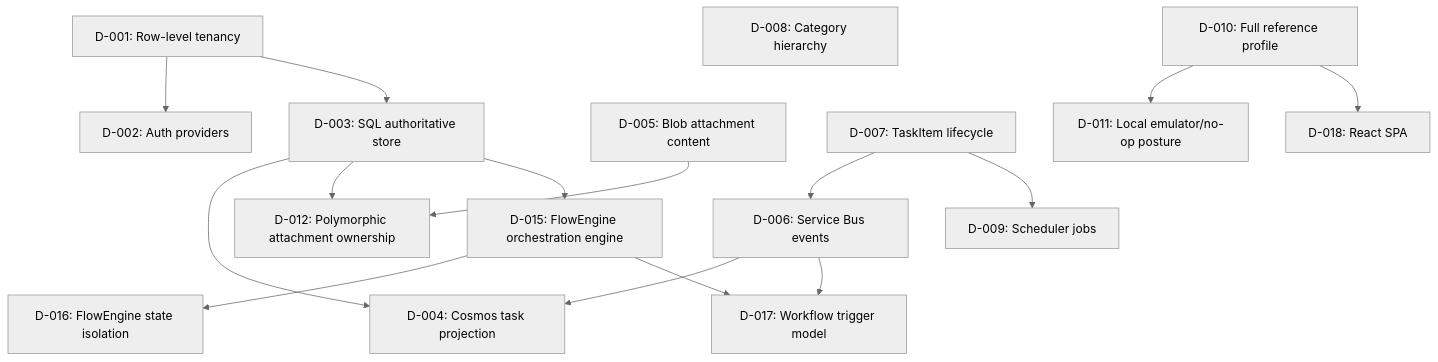
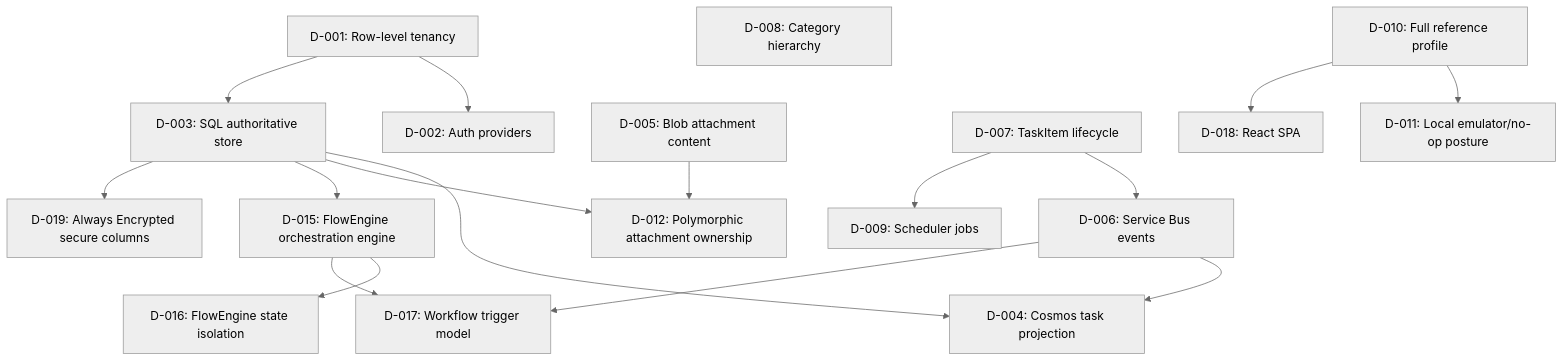
One commit to efreeman518/AI-Instructions-ReferenceApp changed the diagram in .scaffold/DESIGN-DECISIONS.md. Above: the diagram before and after it, drawn with Mermaid (neutral theme). The commit also changed other lines of this file and 19 other files, not shown here.

````diff
--- a/.scaffold/DESIGN-DECISIONS.md
+++ b/.scaffold/DESIGN-DECISIONS.md
@@ -7,34 +7,36 @@
 ```mermaid
 flowchart TD
     D001["D-001: Row-level tenancy"]
     D002["D-002: Auth providers"]
     D003["D-003: SQL authoritative store"]
     D004["D-004: Cosmos task projection"]
     D005["D-005: Blob attachment content"]
     D006["D-006: Service Bus events"]
     D007["D-007: TaskItem lifecycle"]
     D008["D-008: Category hierarchy"]
     D009["D-009: Scheduler jobs"]
     D010["D-010: Full reference profile"]
     D011["D-011: Local emulator/no-op posture"]
     D012["D-012: Polymorphic attachment ownership"]
     D015["D-015: FlowEngine orchestration engine"]
     D016["D-016: FlowEngine state isolation"]
     D017["D-017: Workflow trigger model"]
     D018["D-018: React SPA"]
+    D019["D-019: Always Encrypted secure columns"]
 
     D001 --> D002
     D001 --> D003
     D003 --> D004
     D003 --> D012
     D005 --> D012
     D007 --> D006
     D007 --> D009
     D006 --> D004
     D010 --> D011
     D003 --> D015
     D015 --> D016
     D015 --> D017
     D006 --> D017
     D010 --> D018
+    D003 --> D019
 ```
````
